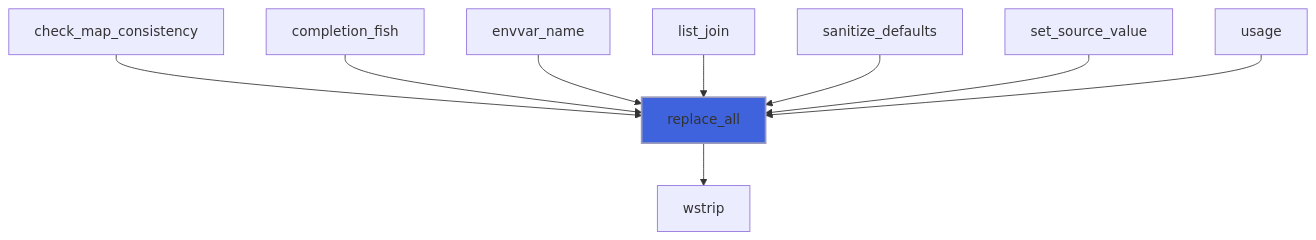
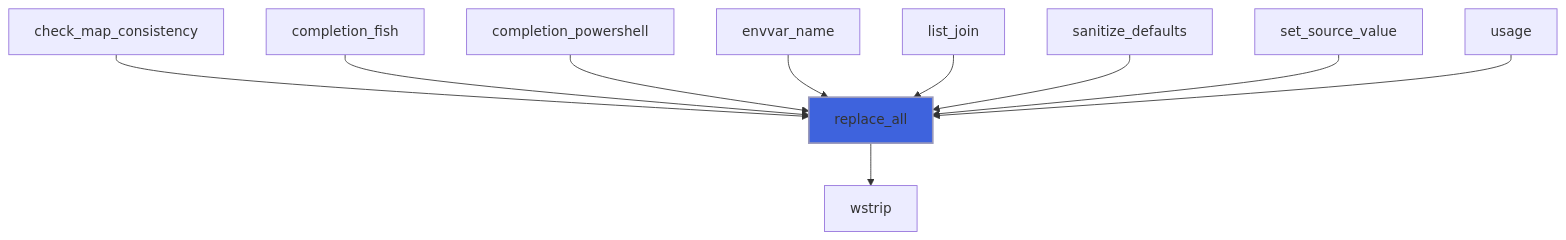
Diagram 12 of 18 in docs/api/src/lib/flap_utils_m.md (szaghi/FLAP), drawn with Mermaid before and after one commit. The commit also changed other lines of this file and 13 other files, not shown here.

````diff
--- a/docs/api/src/lib/flap_utils_m.md
+++ b/docs/api/src/lib/flap_utils_m.md
@@ -443,12 +444,13 @@
 ```mermaid
 flowchart TD
   check_map_consistency["check_map_consistency"] --> replace_all["replace_all"]
   completion_fish["completion_fish"] --> replace_all["replace_all"]
+  completion_powershell["completion_powershell"] --> replace_all["replace_all"]
   envvar_name["envvar_name"] --> replace_all["replace_all"]
   list_join["list_join"] --> replace_all["replace_all"]
   sanitize_defaults["sanitize_defaults"] --> replace_all["replace_all"]
   set_source_value["set_source_value"] --> replace_all["replace_all"]
   usage["usage"] --> replace_all["replace_all"]
   replace_all["replace_all"] --> wstrip["wstrip"]
   style replace_all fill:#3e63dd,stroke:#99b,stroke-width:2px
 ```
````
